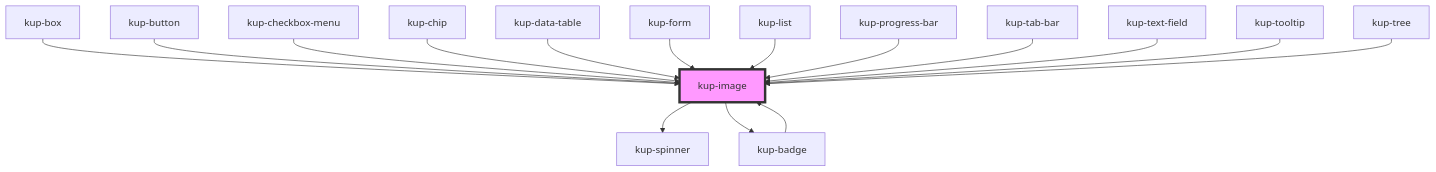
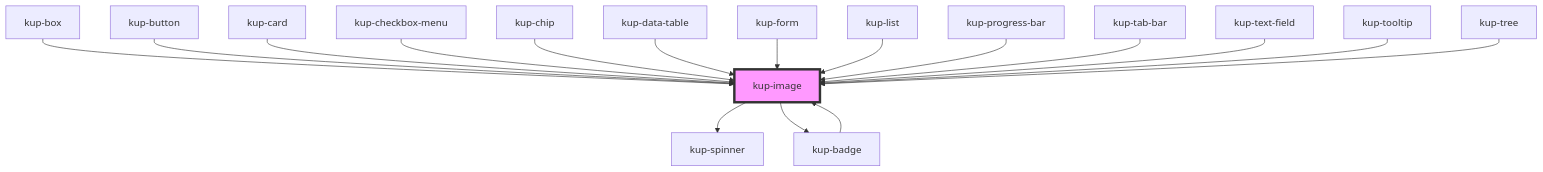
The diagram in packages/ketchup/src/components/kup-image/readme.md (smeup/ketchup), drawn with Mermaid before and after one commit. The commit also changed other lines of this file and 4 other files, not shown here.

````diff
--- a/packages/ketchup/src/components/kup-image/readme.md
+++ b/packages/ketchup/src/components/kup-image/readme.md
@@ -53,19 +54,20 @@
 ```mermaid
 graph TD;
   kup-image --> kup-spinner
   kup-image --> kup-badge
   kup-badge --> kup-image
   kup-box --> kup-image
   kup-button --> kup-image
+  kup-card --> kup-image
   kup-checkbox-menu --> kup-image
   kup-chip --> kup-image
   kup-data-table --> kup-image
   kup-form --> kup-image
   kup-list --> kup-image
   kup-progress-bar --> kup-image
   kup-tab-bar --> kup-image
   kup-text-field --> kup-image
   kup-tooltip --> kup-image
   kup-tree --> kup-image
   style kup-image fill:#f9f,stroke:#333,stroke-width:4px
 ```
````
